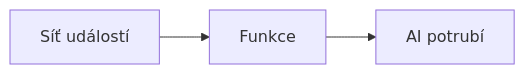
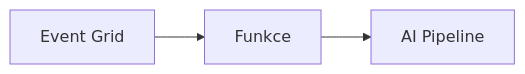
The second of 2 diagrams in translations/cs/docs/chapter-08-production/README.md (microsoft/AZD-for-beginners), drawn with Mermaid before and after one commit. The commit also changed other lines of this file and 61 other files, not shown here.

````diff
--- a/translations/cs/docs/chapter-08-production/README.md
+++ b/translations/cs/docs/chapter-08-production/README.md
@@ -57,4 +57,4 @@
 ```mermaid
 graph LR
-    EventGrid[Síť událostí] --> Functions[Funkce] --> Pipeline[AI potrubí]
+    EventGrid[Event Grid] --> Functions[Funkce] --> Pipeline[AI Pipeline]
 ```
````
